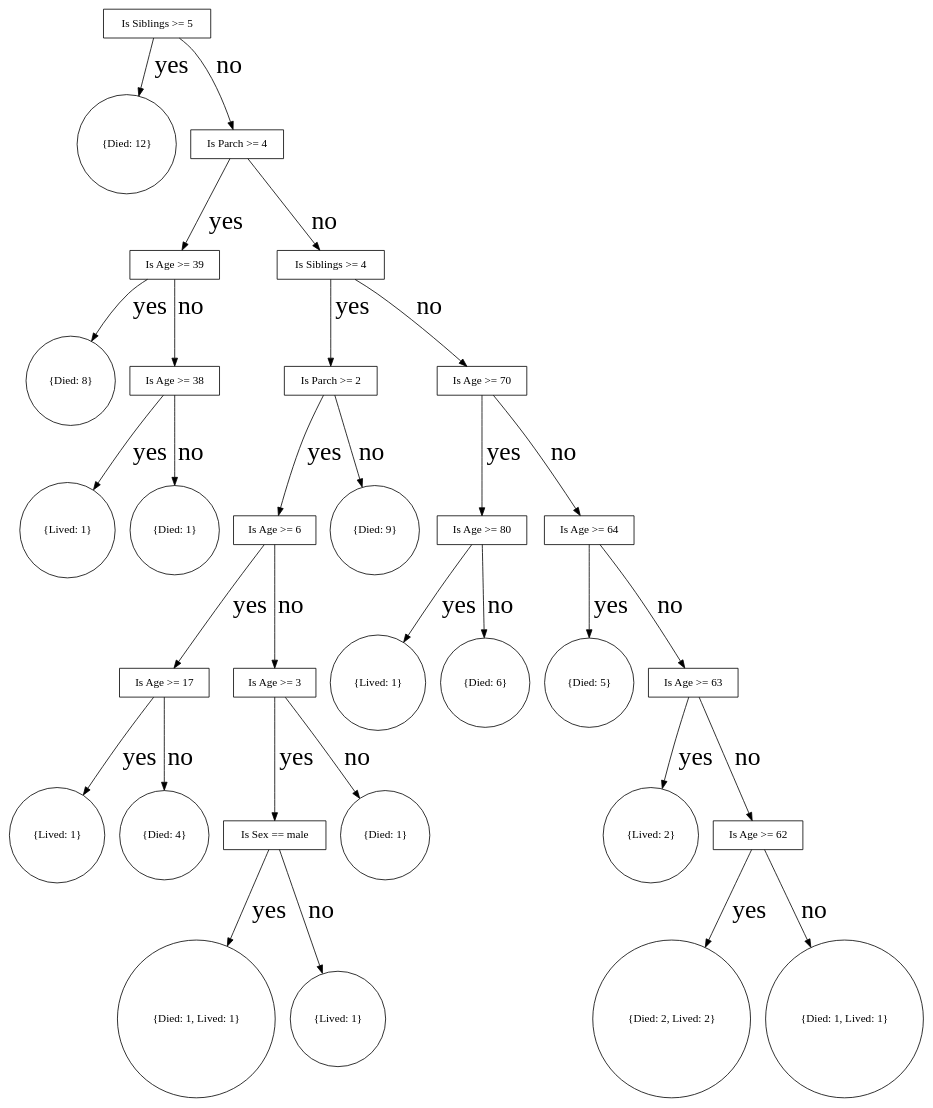
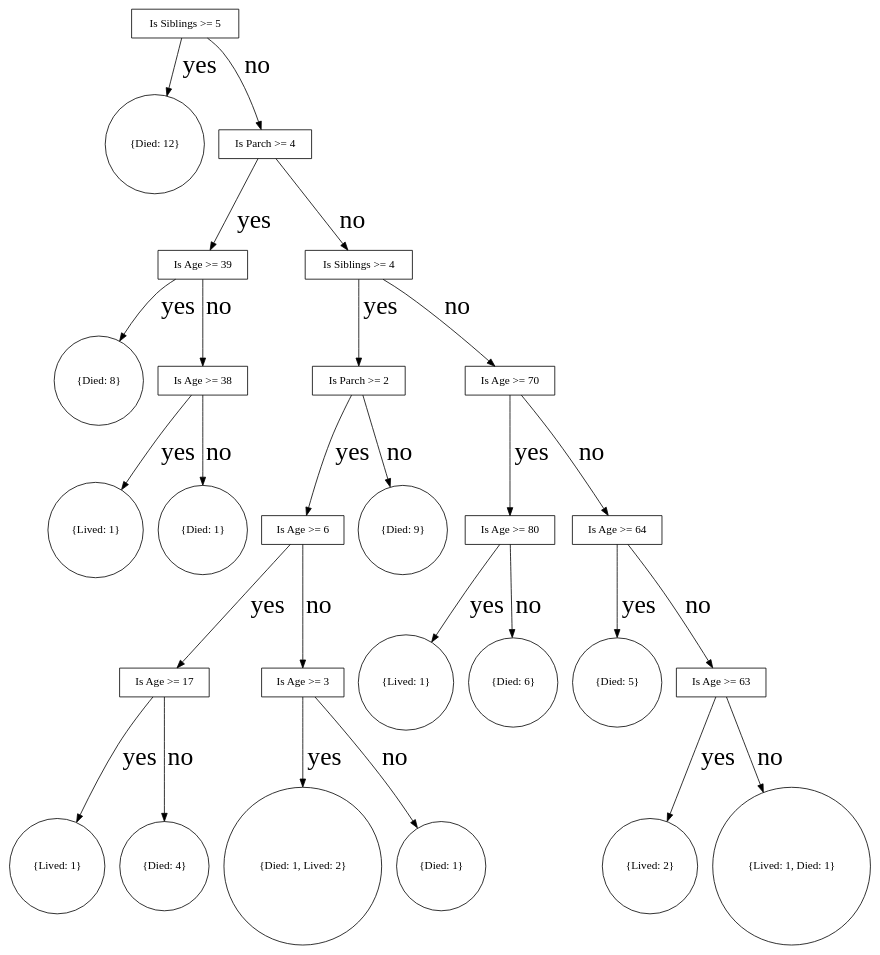
Before and after one commit to exeter-fp/machine-learning: the diagram in stephen/rust/pruned.dot, drawn with Graphviz. The commit also changed 1 other file, not shown here.

```diff
--- a/stephen/rust/pruned.dot
+++ b/stephen/rust/pruned.dot
@@ -1,63 +1,55 @@
 digraph Tree {
 	1[shape=box,label="Is Siblings >= 5"];
 	2[shape=circle,label="{Died: 12}"];
 	3[shape=box,label="Is Parch >= 4"];
 	4[shape=box,label="Is Age >= 39"];
 	5[shape=box,label="Is Siblings >= 4"];
 	6[shape=circle,label="{Died: 8}"];
 	7[shape=box,label="Is Age >= 38"];
 	8[shape=box,label="Is Parch >= 2"];
 	9[shape=box,label="Is Age >= 70"];
 	10[shape=circle,label="{Lived: 1}"];
 	11[shape=circle,label="{Died: 1}"];
 	12[shape=box,label="Is Age >= 6"];
 	13[shape=circle,label="{Died: 9}"];
 	14[shape=box,label="Is Age >= 80"];
 	15[shape=box,label="Is Age >= 64"];
 	16[shape=box,label="Is Age >= 17"];
 	17[shape=box,label="Is Age >= 3"];
 	18[shape=circle,label="{Lived: 1}"];
 	19[shape=circle,label="{Died: 6}"];
 	20[shape=circle,label="{Died: 5}"];
 	21[shape=box,label="Is Age >= 63"];
 	22[shape=circle,label="{Lived: 1}"];
 	23[shape=circle,label="{Died: 4}"];
-	24[shape=box,label="Is Sex == male"];
+	24[shape=circle,label="{Died: 1, Lived: 2}"];
 	25[shape=circle,label="{Died: 1}"];
 	26[shape=circle,label="{Lived: 2}"];
-	27[shape=box,label="Is Age >= 62"];
-	28[shape=circle,label="{Died: 1, Lived: 1}"];
-	29[shape=circle,label="{Lived: 1}"];
-	30[shape=circle,label="{Died: 2, Lived: 2}"];
-	31[shape=circle,label="{Died: 1, Lived: 1}"];
+	27[shape=circle,label="{Lived: 1, Died: 1}"];
 	1->2[fontsize=32,label="yes"];
 	1->3[fontsize=32,label="no"];
 	3->4[fontsize=32,label="yes"];
 	3->5[fontsize=32,label="no"];
 	4->6[fontsize=32,label="yes"];
 	4->7[fontsize=32,label="no"];
 	5->8[fontsize=32,label="yes"];
 	5->9[fontsize=32,label="no"];
 	7->10[fontsize=32,label="yes"];
 	7->11[fontsize=32,label="no"];
 	8->12[fontsize=32,label="yes"];
 	8->13[fontsize=32,label="no"];
 	9->14[fontsize=32,label="yes"];
 	9->15[fontsize=32,label="no"];
 	12->16[fontsize=32,label="yes"];
 	12->17[fontsize=32,label="no"];
 	14->18[fontsize=32,label="yes"];
 	14->19[fontsize=32,label="no"];
 	15->20[fontsize=32,label="yes"];
 	15->21[fontsize=32,label="no"];
 	16->22[fontsize=32,label="yes"];
 	16->23[fontsize=32,label="no"];
 	17->24[fontsize=32,label="yes"];
 	17->25[fontsize=32,label="no"];
 	21->26[fontsize=32,label="yes"];
 	21->27[fontsize=32,label="no"];
-	24->28[fontsize=32,label="yes"];
-	24->29[fontsize=32,label="no"];
-	27->30[fontsize=32,label="yes"];
-	27->31[fontsize=32,label="no"];
 }
```
